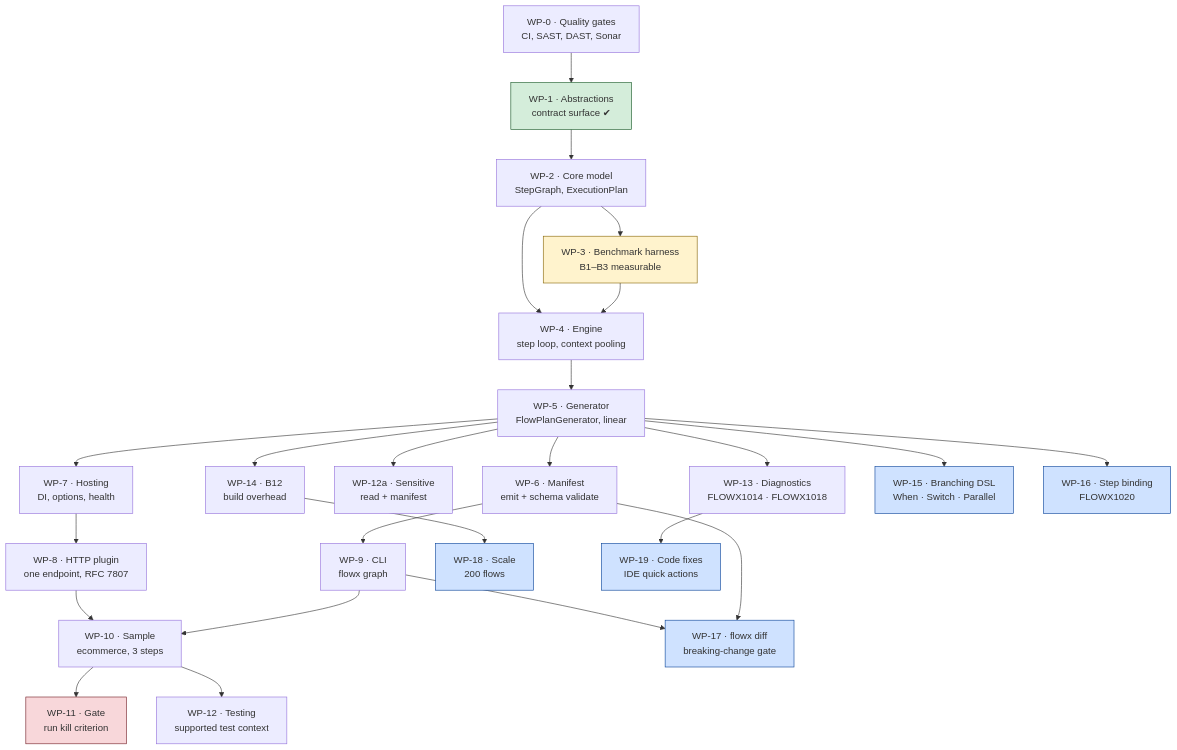
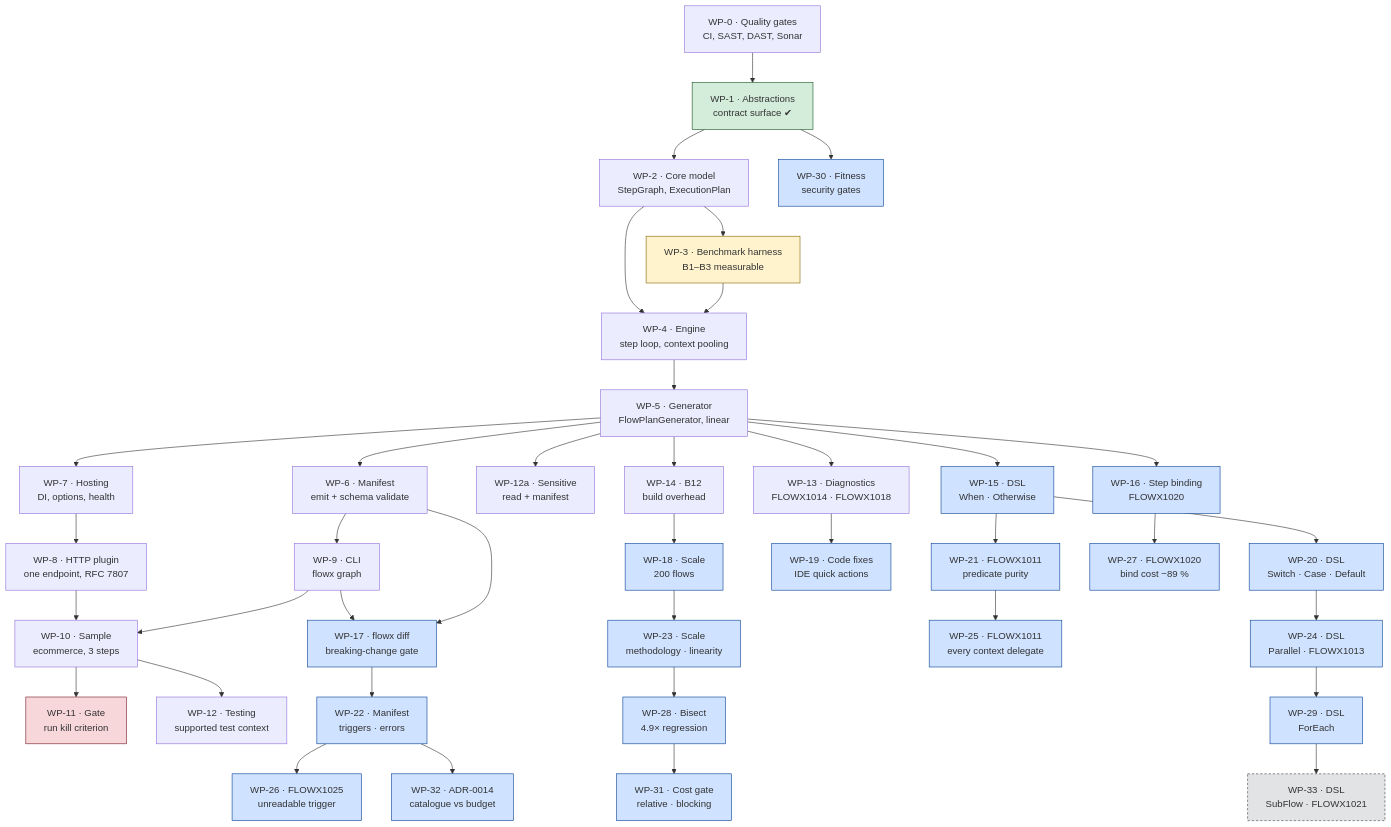
Before and after one commit to KhaiTrang1995/NexusFlow: the diagram in PLAN.md, drawn with Mermaid. The commit also changed other lines of this file, not shown here.

Commit message:
docs(plan): the sequencing diagram stopped at WP-19 and was wrong all of P1
It showed five P1 packages. Nineteen exist. The extra fourteen were not scope
creep — each was work an earlier package surfaced — and a diagram that cannot
show that is not a plan.

Recorded rather than quietly corrected, because it is the same failure this phase
keeps finding in the code: a document describing the plan as conceived rather
than as executed stops being read, and then stops being maintained.

The shape it now shows is worth having. The DSL chain is strictly sequential —
every shape touches the same six files, so no two can be built concurrently —
while everything else ran in parallel batches chosen for disjoint file ownership.
And three chains exist only because one package kept exposing the next: WP-18
measured a number its own noise swallowed, WP-23 rebuilt the methodology, WP-28
bisected the regression WP-23 exposed, WP-31 built the gate that would have
caught it on the commit that caused it.

WP-33 is dashed: the last item in P1's full-DSL Must, in flight, not yet merged.
Diagram rendered with mmdc to confirm it parses.

````diff
--- a/PLAN.md
+++ b/PLAN.md
@@ -55,11 +55,25 @@
     WP13["WP-13 · Diagnostics<br/>FLOWX1014 · FLOWX1018"]
     WP14["WP-14 · B12<br/>build overhead"]
 
-    WP15["WP-15 · Branching DSL<br/>When · Switch · Parallel"]
+    WP15["WP-15 · DSL<br/>When · Otherwise"]
+    WP20["WP-20 · DSL<br/>Switch · Case · Default"]
+    WP24["WP-24 · DSL<br/>Parallel · FLOWX1013"]
+    WP29["WP-29 · DSL<br/>ForEach"]
+    WP33["WP-33 · DSL<br/>SubFlow · FLOWX1021"]
     WP16["WP-16 · Step binding<br/>FLOWX1020"]
     WP17["WP-17 · flowx diff<br/>breaking-change gate"]
     WP18["WP-18 · Scale<br/>200 flows"]
     WP19["WP-19 · Code fixes<br/>IDE quick actions"]
+    WP21["WP-21 · FLOWX1011<br/>predicate purity"]
+    WP25["WP-25 · FLOWX1011<br/>every context delegate"]
+    WP22["WP-22 · Manifest<br/>triggers · errors"]
+    WP26["WP-26 · FLOWX1025<br/>unreadable trigger"]
+    WP23["WP-23 · Scale<br/>methodology · linearity"]
+    WP27["WP-27 · FLOWX1020<br/>bind cost −89 %"]
+    WP28["WP-28 · Bisect<br/>4.9× regression"]
+    WP31["WP-31 · Cost gate<br/>relative · blocking"]
+    WP30["WP-30 · Fitness<br/>security gates"]
+    WP32["WP-32 · ADR-0014<br/>catalogue vs budget"]
 
     WP0 --> WP1 --> WP2 --> WP3
     WP2 --> WP4
@@ -73,19 +87,36 @@
     WP5 --> WP13
     WP5 --> WP14
 
-    WP5 --> WP15
-    WP5 --> WP16
+    WP5 --> WP15 --> WP20 --> WP24 --> WP29 --> WP33
+    WP5 --> WP16 --> WP27
     WP9 --> WP17
-    WP6 --> WP17
-    WP14 --> WP18
+    WP6 --> WP17 --> WP22 --> WP26
+    WP14 --> WP18 --> WP23 --> WP28 --> WP31
     WP13 --> WP19
+    WP15 --> WP21 --> WP25
+    WP22 --> WP32
+    WP1 --> WP30
 
     style WP3 fill:#fff3cd,stroke:#856404
     style WP11 fill:#f8d7da,stroke:#721c24
     style WP1 fill:#d4edda,stroke:#155724
     style WP15 fill:#cfe2ff,stroke:#084298
+    style WP20 fill:#cfe2ff,stroke:#084298
+    style WP24 fill:#cfe2ff,stroke:#084298
+    style WP29 fill:#cfe2ff,stroke:#084298
+    style WP33 fill:#e2e3e5,stroke:#41464b,stroke-dasharray: 4 3
     style WP16 fill:#cfe2ff,stroke:#084298
     style WP17 fill:#cfe2ff,stroke:#084298
     style WP18 fill:#cfe2ff,stroke:#084298
     style WP19 fill:#cfe2ff,stroke:#084298
+    style WP21 fill:#cfe2ff,stroke:#084298
+    style WP22 fill:#cfe2ff,stroke:#084298
+    style WP23 fill:#cfe2ff,stroke:#084298
+    style WP25 fill:#cfe2ff,stroke:#084298
+    style WP26 fill:#cfe2ff,stroke:#084298
+    style WP27 fill:#cfe2ff,stroke:#084298
+    style WP28 fill:#cfe2ff,stroke:#084298
+    style WP30 fill:#cfe2ff,stroke:#084298
+    style WP31 fill:#cfe2ff,stroke:#084298
+    style WP32 fill:#cfe2ff,stroke:#084298
 ```
````
